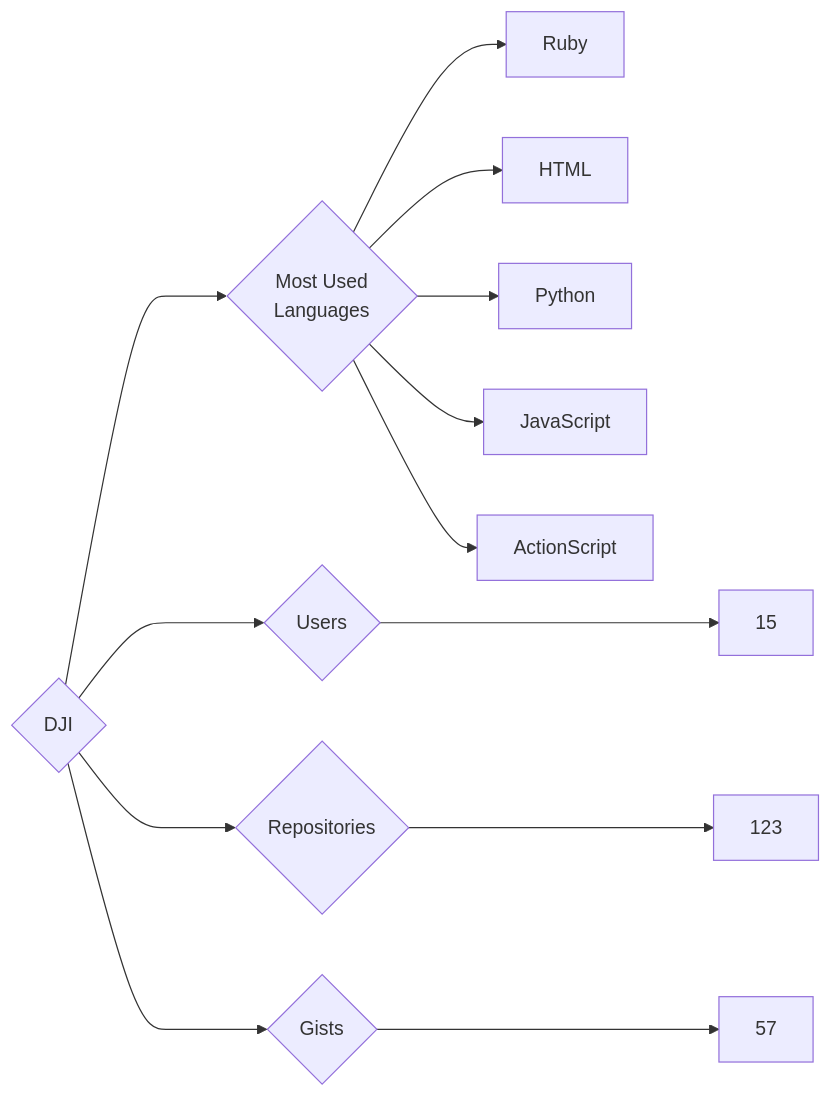
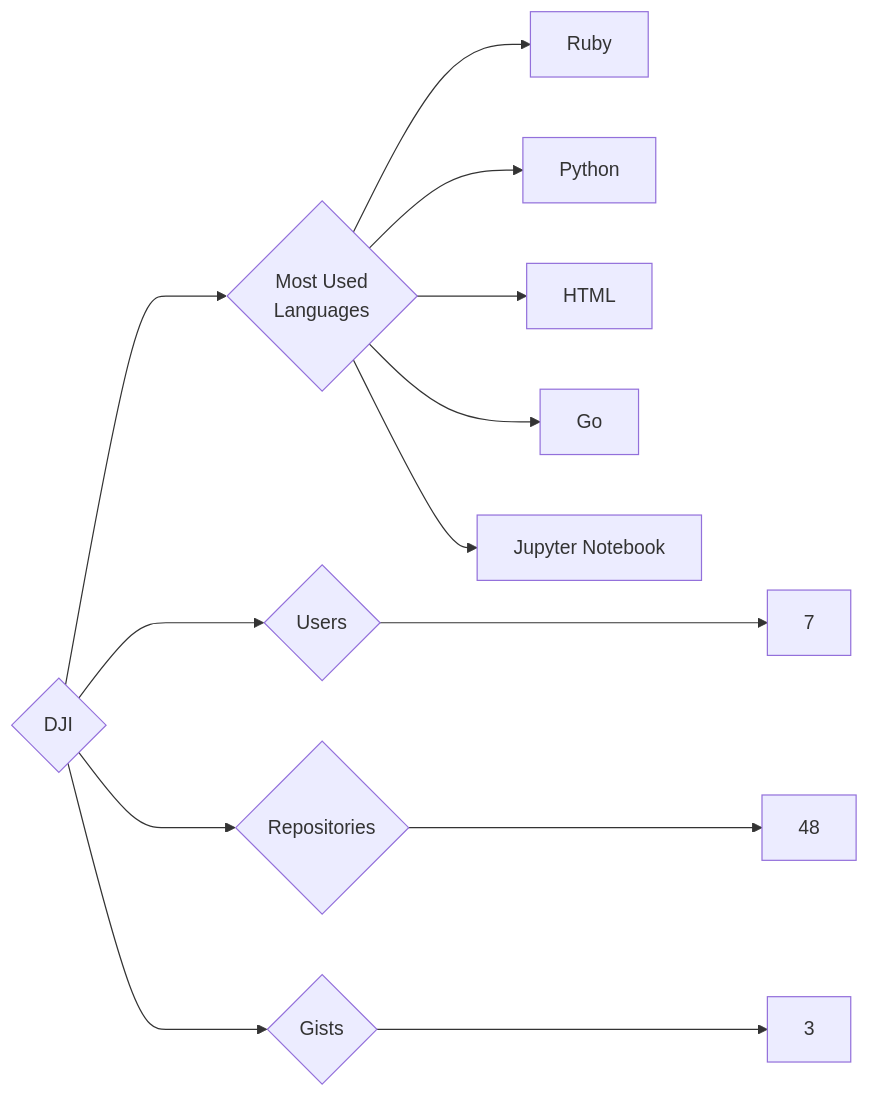
One commit to trickest/insiders changed the diagram in targets/DJI/README.md. Above: the diagram before and after it, drawn with Mermaid. The commit also changed 888 other files, not shown here.

````diff
--- a/targets/DJI/README.md
+++ b/targets/DJI/README.md
@@ -3,13 +3,13 @@
 ```mermaid
 graph LR
 COMPANY_NAME{DJI}
-COMPANY_NAME ---> U{Users} ---> UN[15]
-COMPANY_NAME ---> R{Repositories} ---> RN[123]
-COMPANY_NAME ---> G{Gists} ---> GN[57]
+COMPANY_NAME ---> U{Users} ---> UN[7]
+COMPANY_NAME ---> R{Repositories} ---> RN[48]
+COMPANY_NAME ---> G{Gists} ---> GN[3]
 COMPANY_NAME ---> ML{Most Used<br>Languages}
 ML --> Ruby[Ruby]
+ML --> Python[Python]
 ML --> HTML[HTML]
-ML --> Python[Python]
-ML --> JavaScript[JavaScript]
-ML --> ActionScript[ActionScript]
+ML --> Go[Go]
+ML --> Jupyter_Notebook[Jupyter Notebook]
 ```
````
